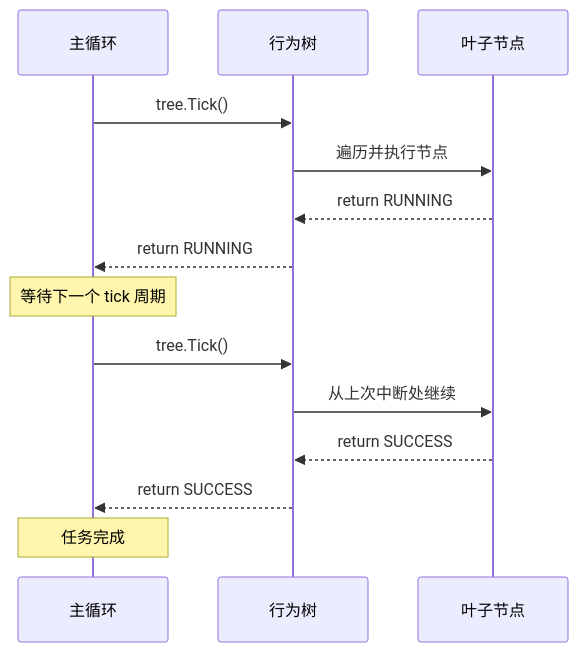
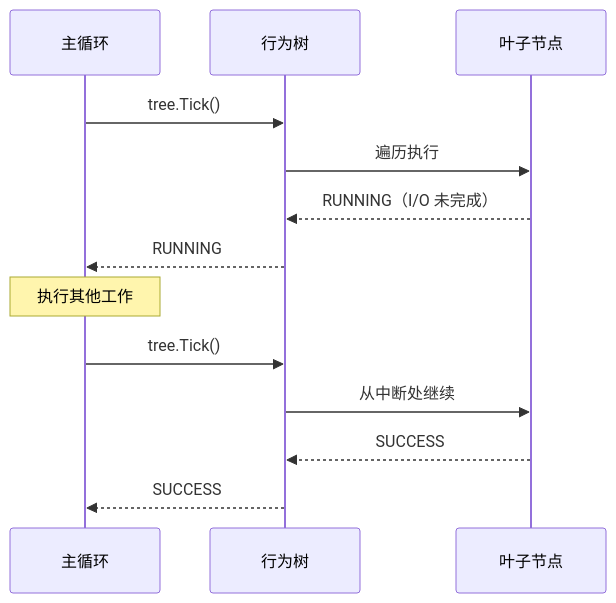
Before and after one commit to DeguiLiu/tech-notes: the first of 3 diagrams in content/posts/practice/behavior_tree_tick_mechanism.md, drawn with Mermaid. The commit also changed other lines of this file, not shown here.

````diff
--- a/content/posts/practice/behavior_tree_tick_mechanism.md
+++ b/content/posts/practice/behavior_tree_tick_mechanism.md
@@ -78,18 +73,17 @@
 ```mermaid
 sequenceDiagram
     participant Main as 主循环
     participant BT as 行为树
     participant Leaf as 叶子节点
 
     Main->>BT: tree.Tick()
-    BT->>Leaf: 遍历并执行节点
-    Leaf-->>BT: return RUNNING
-    BT-->>Main: return RUNNING
-    Note over Main: 等待下一个 tick 周期
+    BT->>Leaf: 遍历执行
+    Leaf-->>BT: RUNNING（I/O 未完成）
+    BT-->>Main: RUNNING
+    Note over Main: 执行其他工作
 
     Main->>BT: tree.Tick()
-    BT->>Leaf: 从上次中断处继续
-    Leaf-->>BT: return SUCCESS
-    BT-->>Main: return SUCCESS
-    Note over Main: 任务完成
+    BT->>Leaf: 从中断处继续
+    Leaf-->>BT: SUCCESS
+    BT-->>Main: SUCCESS
 ```
````
